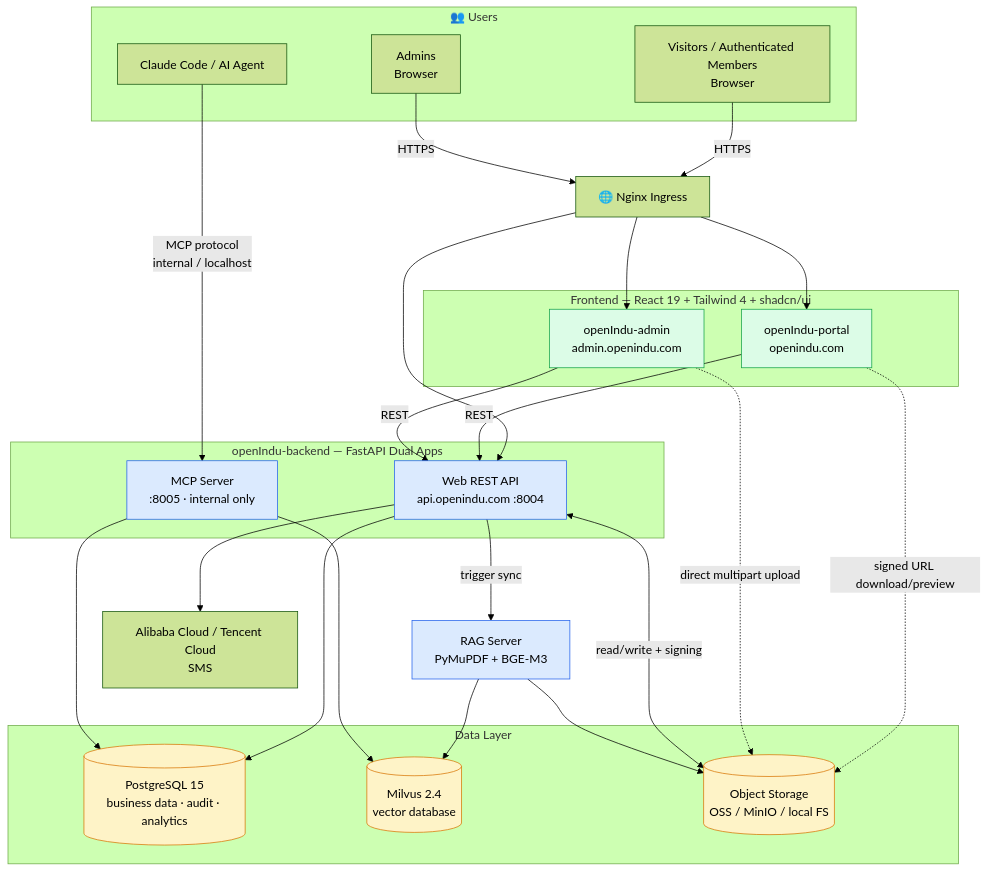
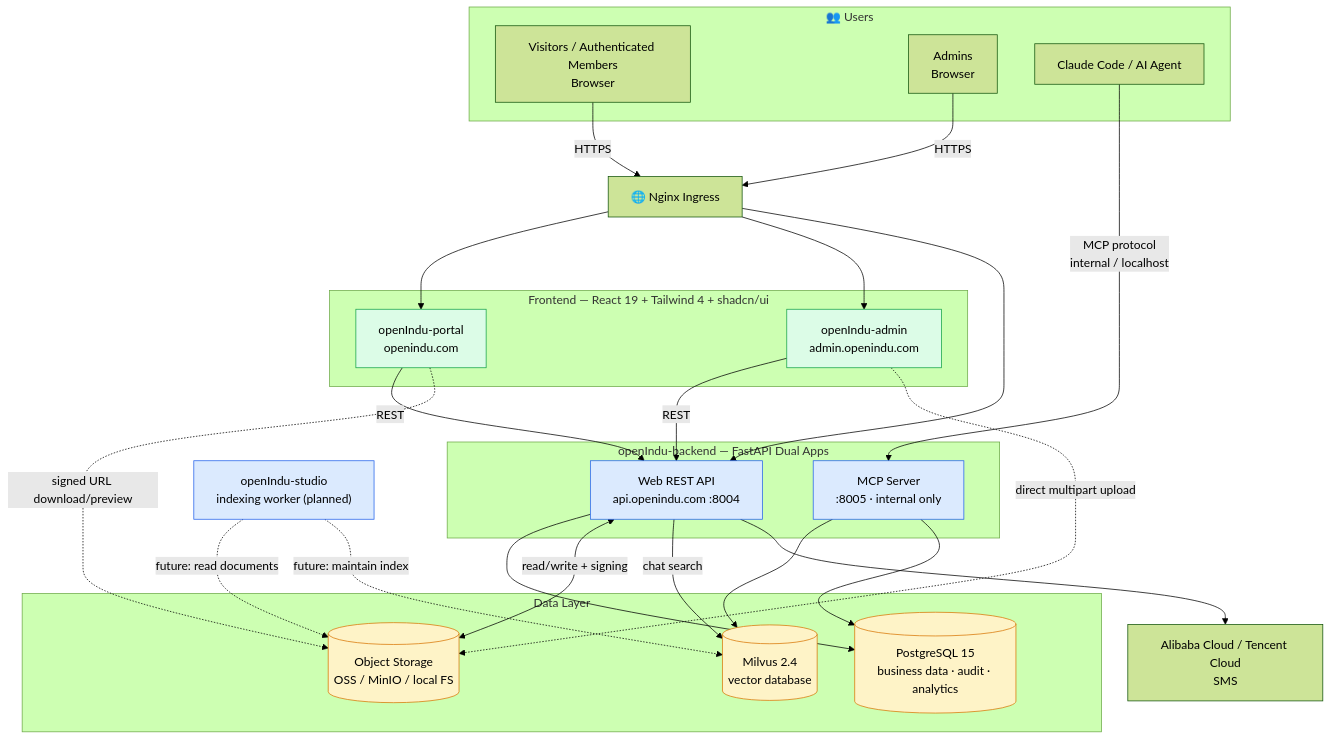
The diagram in README.md (openIndu/openIndu-website), drawn with Mermaid (forest theme) before and after one commit. The commit also changed other lines of this file and 5 other files, not shown here.

Commit message:
docs(website): record Studio indexing handoff and pin merged submodules (#205)

````diff
--- a/README.md
+++ b/README.md
@@ -27,59 +27,59 @@
 ```mermaid
 graph TB
     subgraph Users["👥 Users"]
         U1["Visitors / Authenticated Members<br/>Browser"]
         U2["Admins<br/>Browser"]
         U3["Claude Code / AI Agent"]
     end
 
     ING["🌐 Nginx Ingress"]
 
     subgraph Frontend["Frontend — React 19 + Tailwind 4 + shadcn/ui"]
         P["openIndu-portal<br/>openindu.com"]
         A["openIndu-admin<br/>admin.openindu.com"]
     end
 
     subgraph Backend["openIndu-backend — FastAPI Dual Apps"]
         W["Web REST API<br/>api.openindu.com :8004"]
         M["MCP Server<br/>:8005 · internal only"]
     end
 
     subgraph Data["Data Layer"]
         PG[("PostgreSQL 15<br/>business data · audit · analytics")]
         ML[("Milvus 2.4<br/>vector database")]
         OSS[("Object Storage<br/>OSS / MinIO / local FS")]
     end
 
-    RAG["RAG Server<br/>PyMuPDF + BGE-M3"]
+    STUDIO["openIndu-studio<br/>indexing worker (planned)"]
     SMS["Alibaba Cloud / Tencent Cloud<br/>SMS"]
 
     U1 -->|HTTPS| ING
     U2 -->|HTTPS| ING
     ING --> P
     ING --> A
     ING --> W
 
     P -->|REST| W
     A -->|REST| W
     P -. "signed URL download/preview" .-> OSS
     A -. "direct multipart upload" .-> OSS
 
     W --> PG
     W <-->|read/write + signing| OSS
-    W -->|trigger sync| RAG
+    W -->|chat search| ML
     W --> SMS
 
-    RAG --> OSS
-    RAG --> ML
+    STUDIO -. "future: read documents" .-> OSS
+    STUDIO -. "future: maintain index" .-> ML
 
     M --> ML
     M --> PG
     U3 -->|MCP protocol<br/>internal / localhost| M
 
     classDef storage fill:#fef3c7,stroke:#d97706
     classDef backend fill:#dbeafe,stroke:#2563eb
     classDef frontend fill:#dcfce7,stroke:#16a34a
     class PG,ML,OSS storage
-    class W,M,RAG backend
+    class W,M,STUDIO backend
     class P,A frontend
 ```
````
